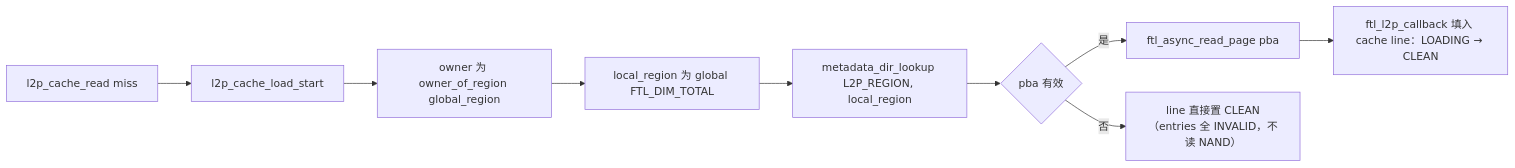
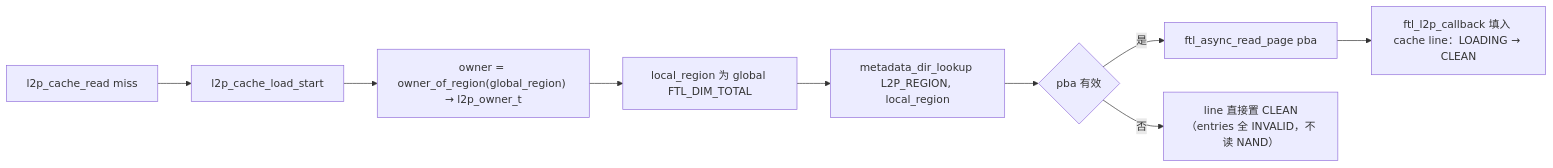
Before and after one commit to YzYMIAO/BASESSD: the tenth of 32 diagrams in docs/design/ftl_design.md, drawn with Mermaid. The commit also changed other lines of this file and 1 other file, not shown here.

````diff
--- a/docs/design/ftl_design.md
+++ b/docs/design/ftl_design.md
@@ -1705,11 +1709,11 @@
 ```mermaid
 flowchart LR
     A["l2p_cache_read miss"] --> B["l2p_cache_load_start"]
-    B --> C["owner 为 owner_of_region global_region"]
+    B --> C["owner = owner_of_region(global_region) → l2p_owner_t"]
     C --> D["local_region 为 global FTL_DIM_TOTAL"]
     D --> E["metadata_dir_lookup L2P_REGION, local_region"]
     E --> F{"pba 有效"}
     F -- "是" --> G["ftl_async_read_page pba"]
     G --> I["ftl_l2p_callback 填入 cache line：LOADING → CLEAN"]
     F -- "否" --> H["line 直接置 CLEAN（entries 全 INVALID，不读 NAND）"]
 ```
````
